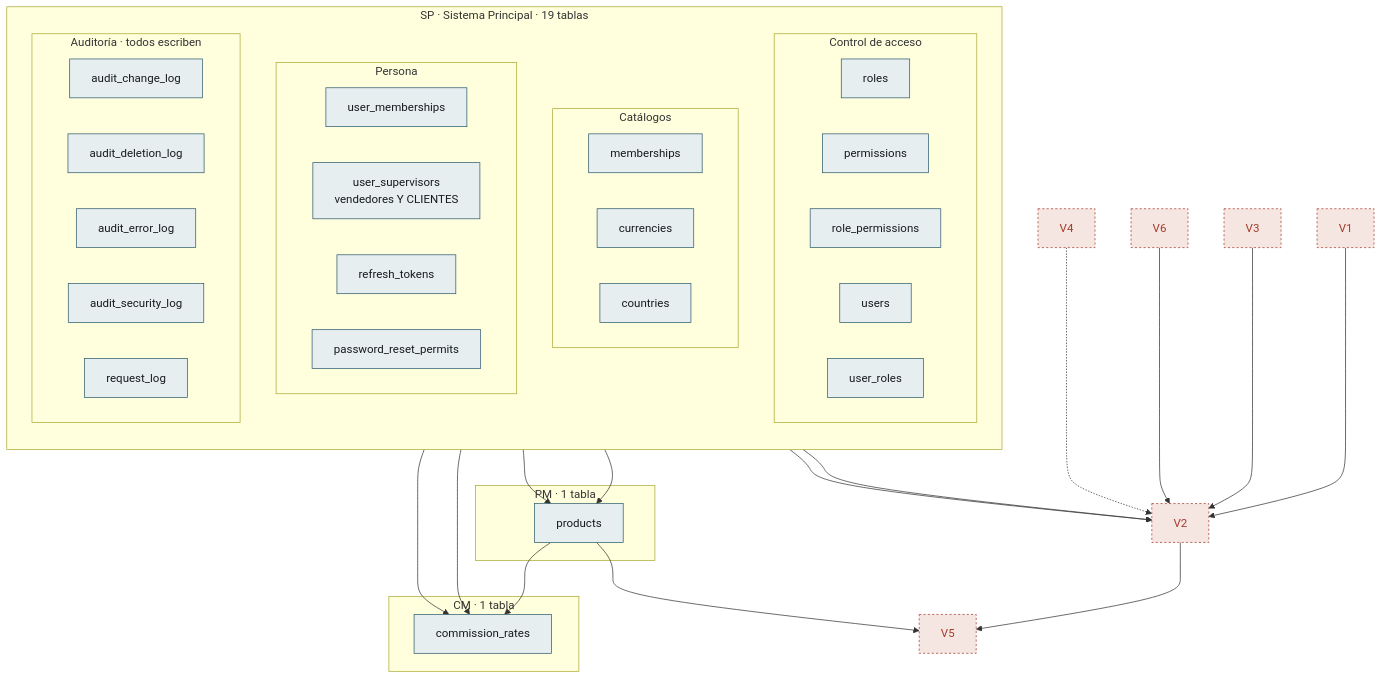
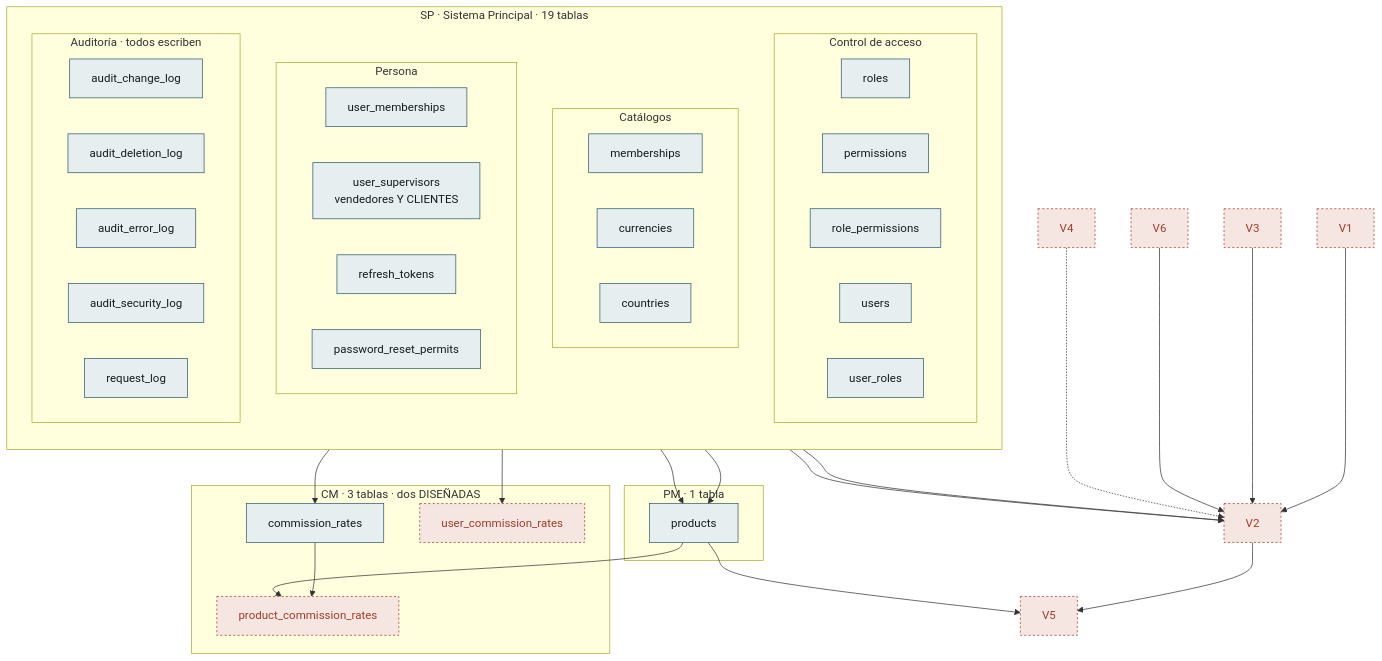
Before and after one commit to NexusPro-Dev/backend: the fifth of 5 diagrams in docs/modelo-datos.md, drawn with Mermaid. The commit also changed other lines of this file and 5 other files, not shown here.

````diff
--- a/docs/modelo-datos.md
+++ b/docs/modelo-datos.md
@@ -369,63 +381,67 @@
 ```mermaid
 flowchart TB
     subgraph SP["SP · Sistema Principal · 19 tablas"]
         direction TB
         subgraph ACC["Control de acceso"]
             direction LR
             A1["roles"]
             A2["permissions"]
             A3["role_permissions"]
             C1["users"]
             C2["user_roles"]
         end
         subgraph CAT["Catálogos"]
             direction LR
             A4["memberships"]
             A5["currencies"]
             A6["countries"]
         end
         subgraph PER["Persona"]
             direction LR
             C6["user_memberships"]
             C4["user_supervisors<br/>vendedores Y CLIENTES"]
             C3["refresh_tokens"]
             C5["password_reset_permits"]
         end
         subgraph AUD["Auditoría · todos escriben"]
             direction LR
             B1["audit_change_log"]
             B2["audit_deletion_log"]
             B3["audit_error_log"]
             B4["audit_security_log"]
             OBS["request_log"]
         end
     end
 
     subgraph PM["PM · 1 tabla"]
         P1["products"]
     end
 
-    subgraph CM["CM · 1 tabla"]
+    subgraph CM["CM · 3 tablas · dos DISEÑADAS"]
         M1["commission_rates"]
+        M2["user_commission_rates"]
+        M3["product_commission_rates"]
     end
 
 
     A4 --> P1
     A5 --> P1
     A1 --> M1
-    P1 --> M1
-    C1 --> M1
+    M1 --> M3
+    P1 --> M3
+    C1 --> M2
     V2 --> V5
     P1 --> V5
     C1 --> V2
     A5 --> V2
     V1 --> V2
     V3 --> V2
     V6 --> V2
     V4 -.-> V2
 
     classDef escrita fill:#e7eef0,stroke:#2d5a6b,color:#151b1e
     classDef disenada fill:#f6e6e2,stroke:#a33b2a,stroke-dasharray:3 3,color:#a33b2a
     class A1,A2,A3,A4,A5,A6,B1,B2,B3,B4,C1,C2,C3,C4,C5,C6,OBS,P1,M1 escrita
+    class M2,M3 disenada
     class V1,V2,V3,V4,V5,V6 disenada
 ```
````
